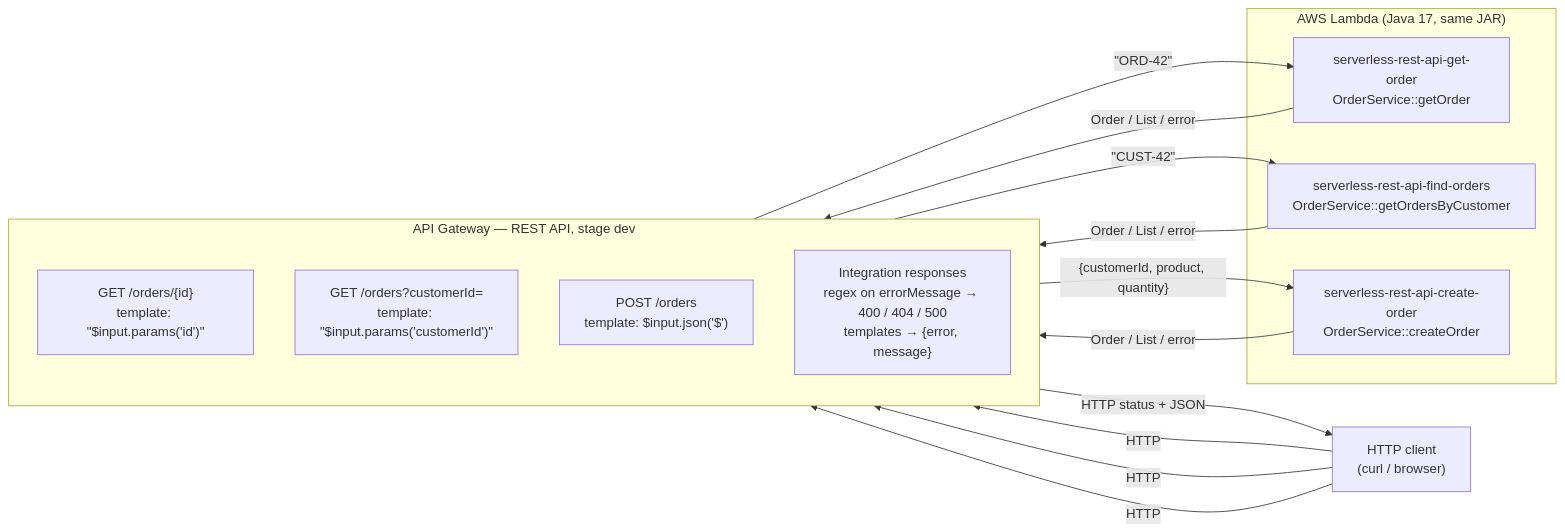
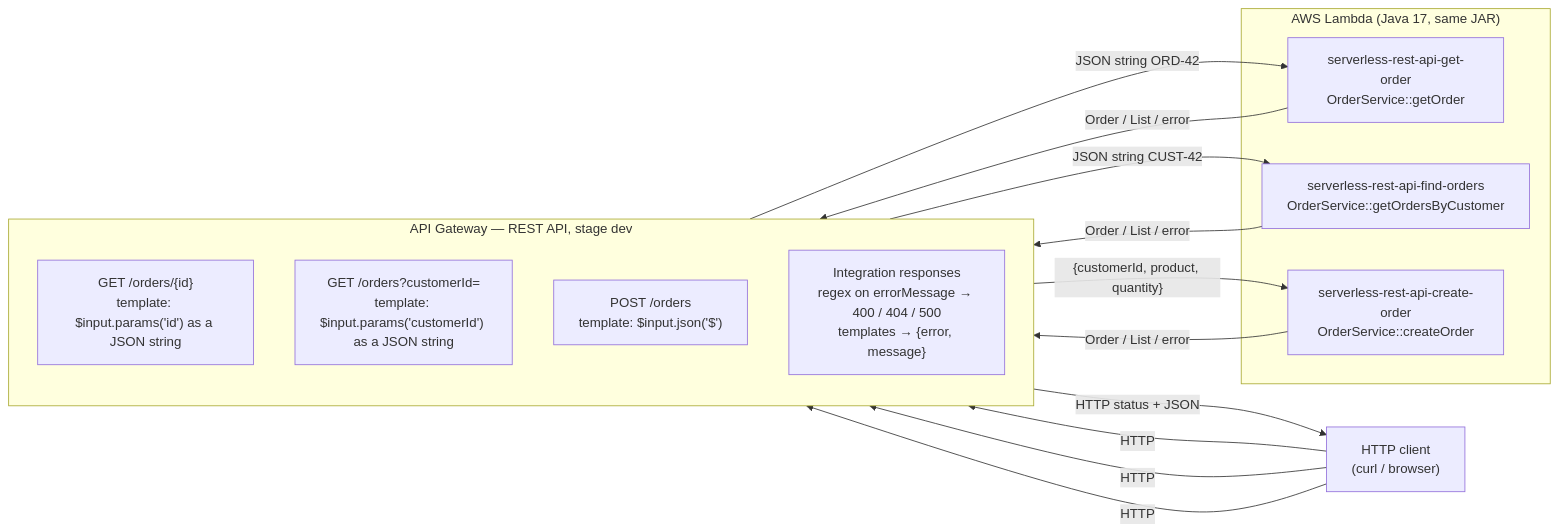
The second of 4 diagrams in README.md (daniel-pm19/serverless-rest-api-with-aws-lambda-and-api-gateway), drawn with Mermaid before and after one commit. The commit also changed other lines of this file, not shown here.

Commit message:
fix: readme diagrams

````diff
--- a/README.md
+++ b/README.md
@@ -747,22 +747,22 @@
 ```mermaid
 flowchart LR
     Client["HTTP client<br/>(curl / browser)"]
     subgraph APIGW["API Gateway — REST API, stage dev"]
         direction TB
-        R1["GET /orders/{id}<br/>template: &quot;$input.params('id')&quot;"]
-        R2["GET /orders?customerId=<br/>template: &quot;$input.params('customerId')&quot;"]
+        R1["GET /orders/{id}<br/>template: $input.params('id') as a JSON string"]
+        R2["GET /orders?customerId=<br/>template: $input.params('customerId') as a JSON string"]
         R3["POST /orders<br/>template: $input.json('$')"]
         IR["Integration responses<br/>regex on errorMessage → 400 / 404 / 500<br/>templates → {error, message}"]
     end
     subgraph Lambdas["AWS Lambda (Java 17, same JAR)"]
         L1["serverless-rest-api-get-order<br/>OrderService::getOrder"]
         L2["serverless-rest-api-find-orders<br/>OrderService::getOrdersByCustomer"]
         L3["serverless-rest-api-create-order<br/>OrderService::createOrder"]
     end
     Client -->|HTTP| R1 & R2 & R3
-    R1 -->|"&quot;ORD-42&quot;"| L1
-    R2 -->|"&quot;CUST-42&quot;"| L2
+    R1 -->|"JSON string ORD-42"| L1
+    R2 -->|"JSON string CUST-42"| L2
     R3 -->|"{customerId, product, quantity}"| L3
     L1 & L2 & L3 -->|"Order / List / error"| IR
     IR -->|"HTTP status + JSON"| Client
 ```
````
